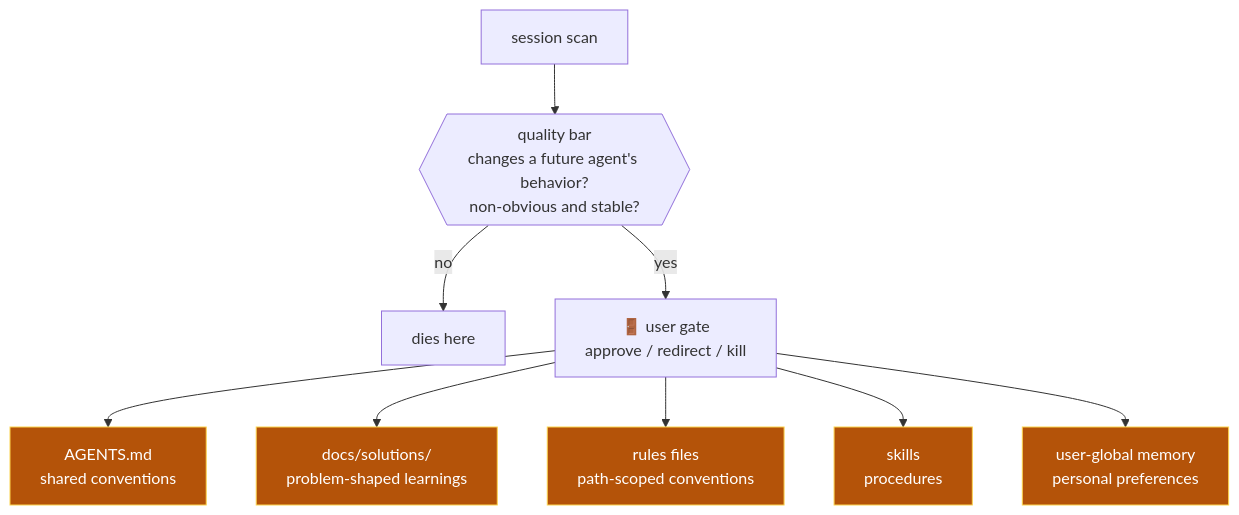
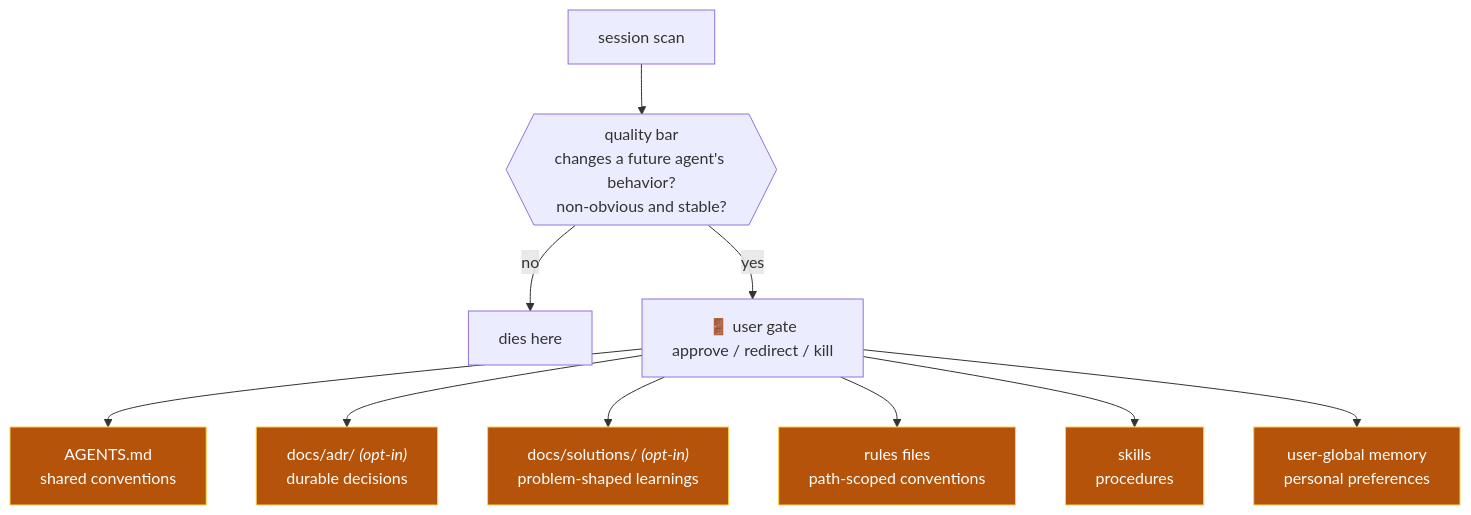
One commit to toverux/cantrips changed the fourth of 5 diagrams in README.md. Above: the diagram before and after it, drawn with Mermaid. The commit also changed other lines of this file and 22 other files, not shown here.

````diff
--- a/README.md
+++ b/README.md
@@ -312,14 +382,15 @@
 ```mermaid
 flowchart TD
     scan["session scan"] --> bar{{"quality bar<br/>changes a future agent's behavior?<br/>non-obvious and stable?"}}
     bar -- no --> dies["dies here"]
     bar -- yes --> gate["🚪 user gate<br/>approve / redirect / kill"]
     gate --> agentsmd["AGENTS.md<br/>shared conventions"]
-    gate --> solutions["docs/solutions/<br/>problem-shaped learnings"]
+    gate --> adr["docs/adr/ <i>(opt-in)</i><br/>durable decisions"]
+    gate --> solutions["docs/solutions/ <i>(opt-in)</i><br/>problem-shaped learnings"]
     gate --> rules["rules files<br/>path-scoped conventions"]
     gate --> skills["skills<br/>procedures"]
     gate --> global["user-global memory<br/>personal preferences"]
 
     classDef memoryNode fill:#b45309,stroke:#fcd34d,color:#ffffff
-    class agentsmd,solutions,rules,skills,global memoryNode
+    class agentsmd,adr,solutions,rules,skills,global memoryNode
 ```
````
